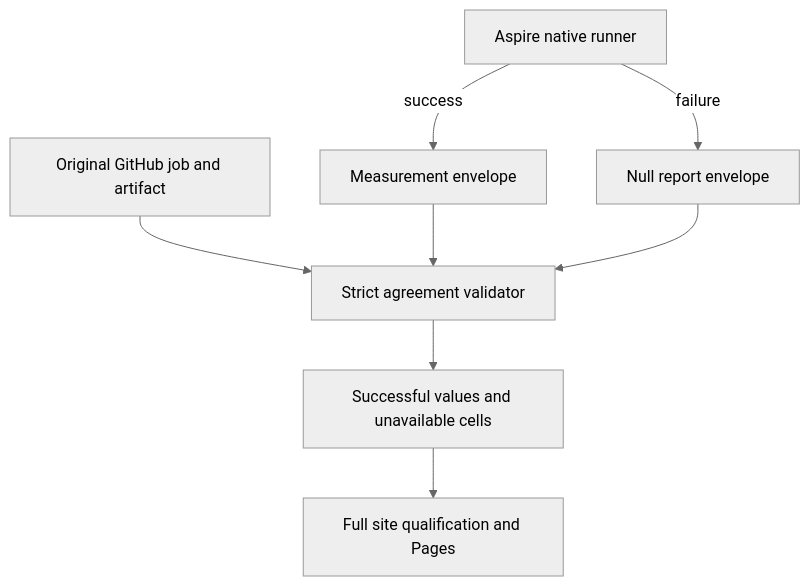
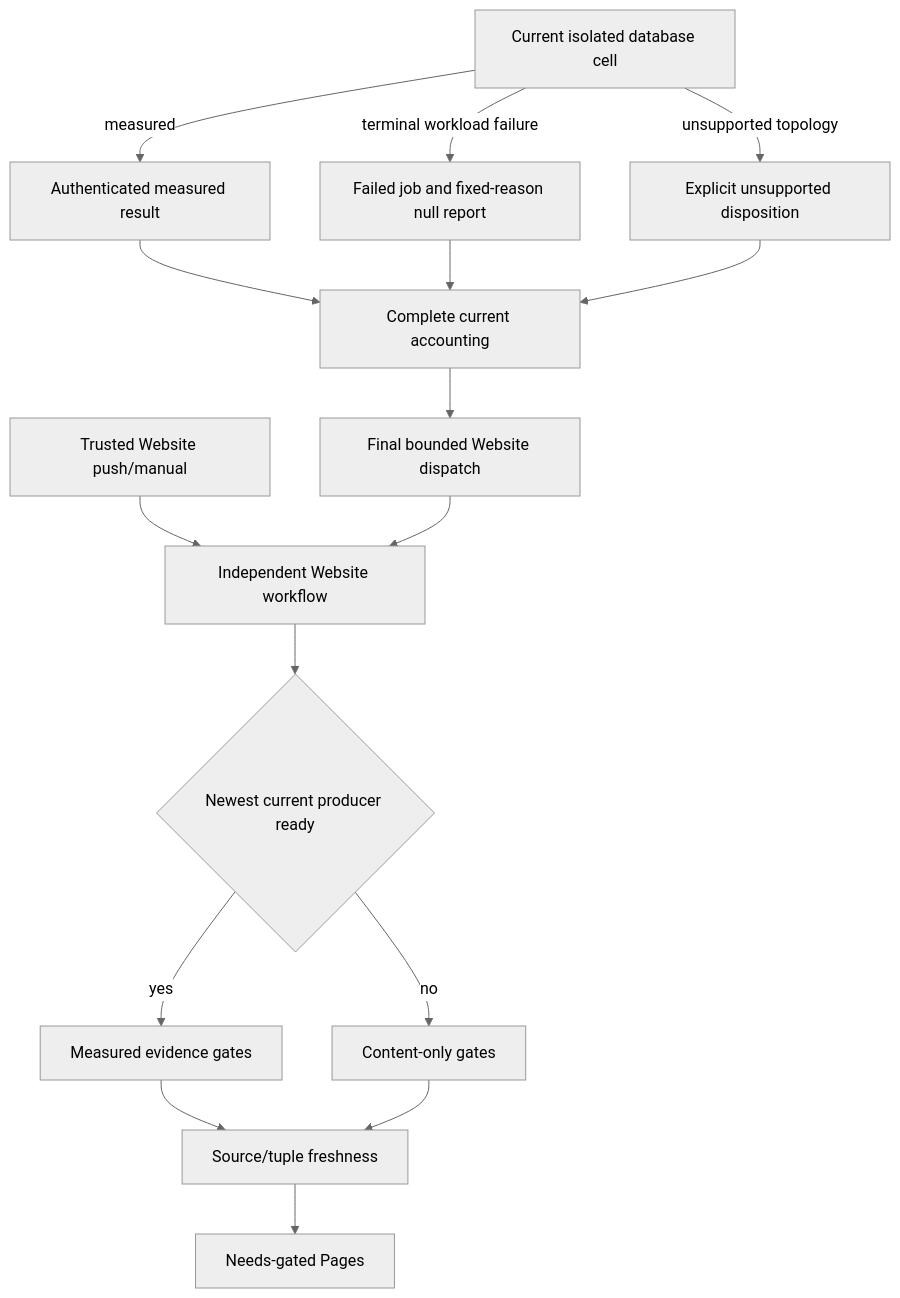
The diagram in docs/ADR/ADR-080-benchmark-failure-isolation.md (managedcode/KeyLoad), drawn with Mermaid (neutral theme) before and after one commit. The commit also changed other lines of this file and 152 other files, not shown here.

Commit message:
Save current implementation and rename build/test workflow

````diff
--- a/docs/ADR/ADR-080-benchmark-failure-isolation.md
+++ b/docs/ADR/ADR-080-benchmark-failure-isolation.md
@@ -267,10 +109,18 @@
 ```mermaid
 flowchart TD
-  Runner[Aspire native runner] -->|success| Measured[Measurement envelope]
-  Runner -->|failure| Unavailable[Null report envelope]
-  Provider[Original GitHub job and artifact] --> Validator[Strict agreement validator]
-  Measured --> Validator
-  Unavailable --> Validator
-  Validator --> Site[Successful values and unavailable cells]
-  Site --> Gates[Full site qualification and Pages]
+    Cell[Current isolated database cell] -->|measured| Result[Authenticated measured result]
+    Cell -->|terminal workload failure| Null[Failed job and fixed-reason null report]
+    Cell -->|unsupported topology| Unsupported[Explicit unsupported disposition]
+    Result --> Aggregate[Complete current accounting]
+    Null --> Aggregate
+    Unsupported --> Aggregate
+    Aggregate --> Trigger[Final bounded Website dispatch]
+    Push[Trusted Website push/manual] --> Website[Independent Website workflow]
+    Trigger --> Website
+    Website --> Select{Newest current producer ready}
+    Select -->|yes| Metrics[Measured evidence gates]
+    Select -->|no| Content[Content-only gates]
+    Metrics --> Fresh[Source/tuple freshness]
+    Content --> Fresh
+    Fresh --> Pages[Needs-gated Pages]
 ```
````
